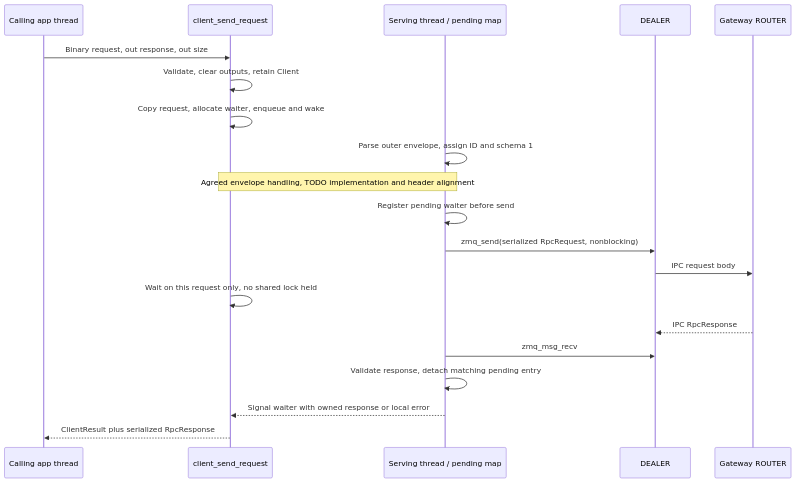
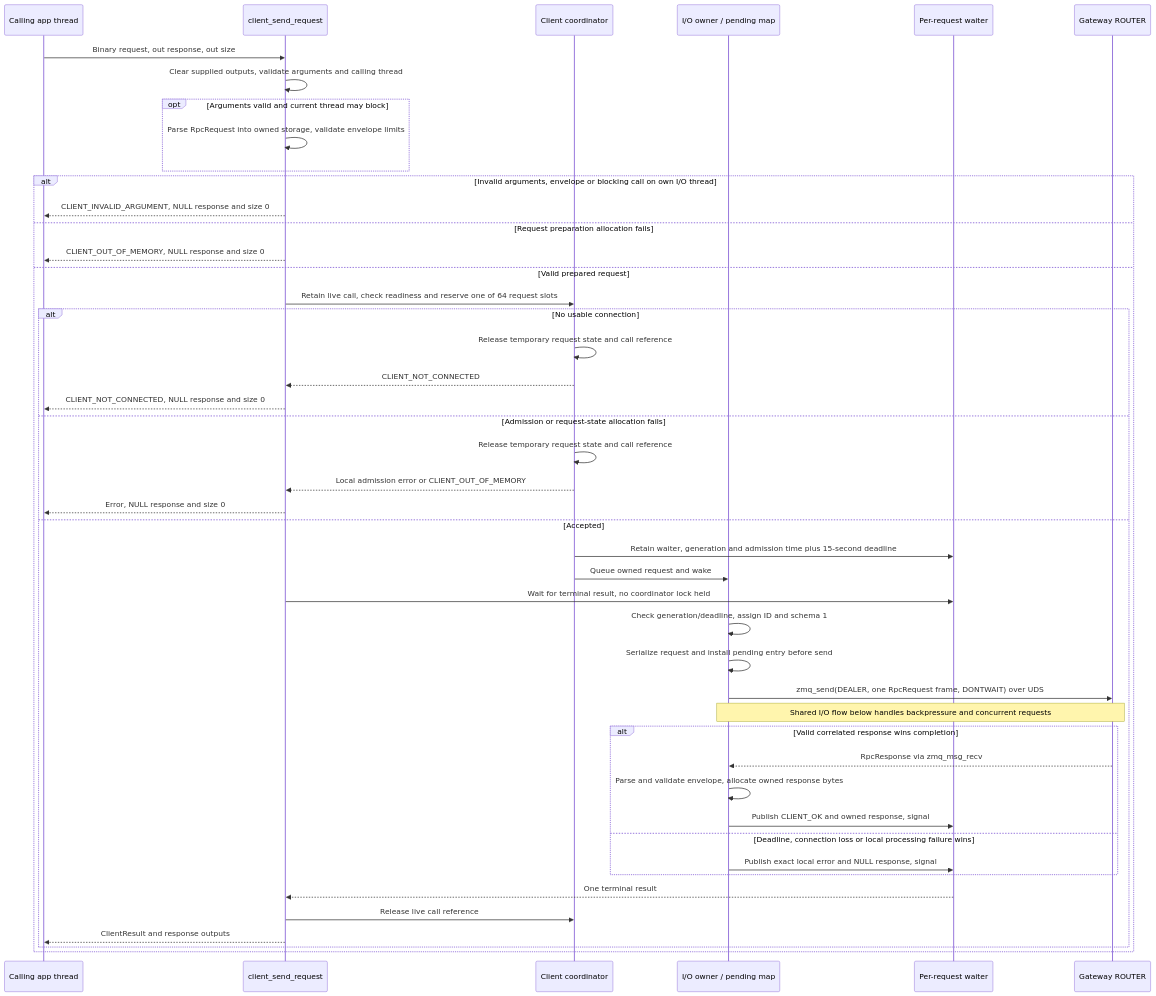
Before and after one commit to rdkcentral/eyil-secure-gateway: the fifth of 29 diagrams in doc/EyilSecureGateway.md, drawn with Mermaid. The commit also changed other lines of this file, not shown here.

Commit message:
RDKEMW-27976: Implementation spec review Part 2

````diff
--- a/doc/EyilSecureGateway.md
+++ b/doc/EyilSecureGateway.md
@@ -594,22 +1072,48 @@
 ```mermaid
 sequenceDiagram
     participant A as Calling app thread
     participant API as client_send_request
-    participant IO as Serving thread / pending map
-    participant Z as DEALER
+    participant C as Client coordinator
+    participant IO as I/O owner / pending map
+    participant W as Per-request waiter
     participant G as Gateway ROUTER
     A->>API: Binary request, out response, out size
-    API->>API: Validate, clear outputs, retain Client
-    API->>API: Copy request, allocate waiter, enqueue and wake
-    IO->>IO: Parse outer envelope, assign ID and schema 1
-    Note over API,IO: Agreed envelope handling, TODO implementation and header alignment
-    IO->>IO: Register pending waiter before send
-    IO->>Z: zmq_send(serialized RpcRequest, nonblocking)
-    Z->>G: IPC request body
-    API->>API: Wait on this request only, no shared lock held
-    G-->>Z: IPC RpcResponse
-    IO->>Z: zmq_msg_recv
-    IO->>IO: Validate response, detach matching pending entry
-    IO-->>API: Signal waiter with owned response or local error
-    API-->>A: ClientResult plus serialized RpcResponse
+    API->>API: Clear supplied outputs, validate arguments and calling thread
+    opt Arguments valid and current thread may block
+        API->>API: Parse RpcRequest into owned storage, validate envelope limits
+    end
+    alt Invalid arguments, envelope or blocking call on own I/O thread
+        API-->>A: CLIENT_INVALID_ARGUMENT, NULL response and size 0
+    else Request preparation allocation fails
+        API-->>A: CLIENT_OUT_OF_MEMORY, NULL response and size 0
+    else Valid prepared request
+        API->>C: Retain live call, check readiness and reserve one of 64 request slots
+        alt No usable connection
+            C->>C: Release temporary request state and call reference
+            C-->>API: CLIENT_NOT_CONNECTED
+            API-->>A: CLIENT_NOT_CONNECTED, NULL response and size 0
+        else Admission or request-state allocation fails
+            C->>C: Release temporary request state and call reference
+            C-->>API: Local admission error or CLIENT_OUT_OF_MEMORY
+            API-->>A: Error, NULL response and size 0
+        else Accepted
+            C->>W: Retain waiter, generation and admission time plus 15-second deadline
+            C->>IO: Queue owned request and wake
+            API->>W: Wait for terminal result, no coordinator lock held
+            IO->>IO: Check generation/deadline, assign ID and schema 1
+            IO->>IO: Serialize request and install pending entry before send
+            IO->>G: zmq_send(DEALER, one RpcRequest frame, DONTWAIT) over UDS
+            Note over IO,G: Shared I/O flow below handles backpressure and concurrent requests
+            alt Valid correlated response wins completion
+                G-->>IO: RpcResponse via zmq_msg_recv
+                IO->>IO: Parse and validate envelope, allocate owned response bytes
+                IO->>W: Publish CLIENT_OK and owned response, signal
+            else Deadline, connection loss or local processing failure wins
+                IO->>W: Publish exact local error and NULL response, signal
+            end
+            W-->>API: One terminal result
+            API->>C: Release live call reference
+            API-->>A: ClientResult and response outputs
+        end
+    end
 ```
````
